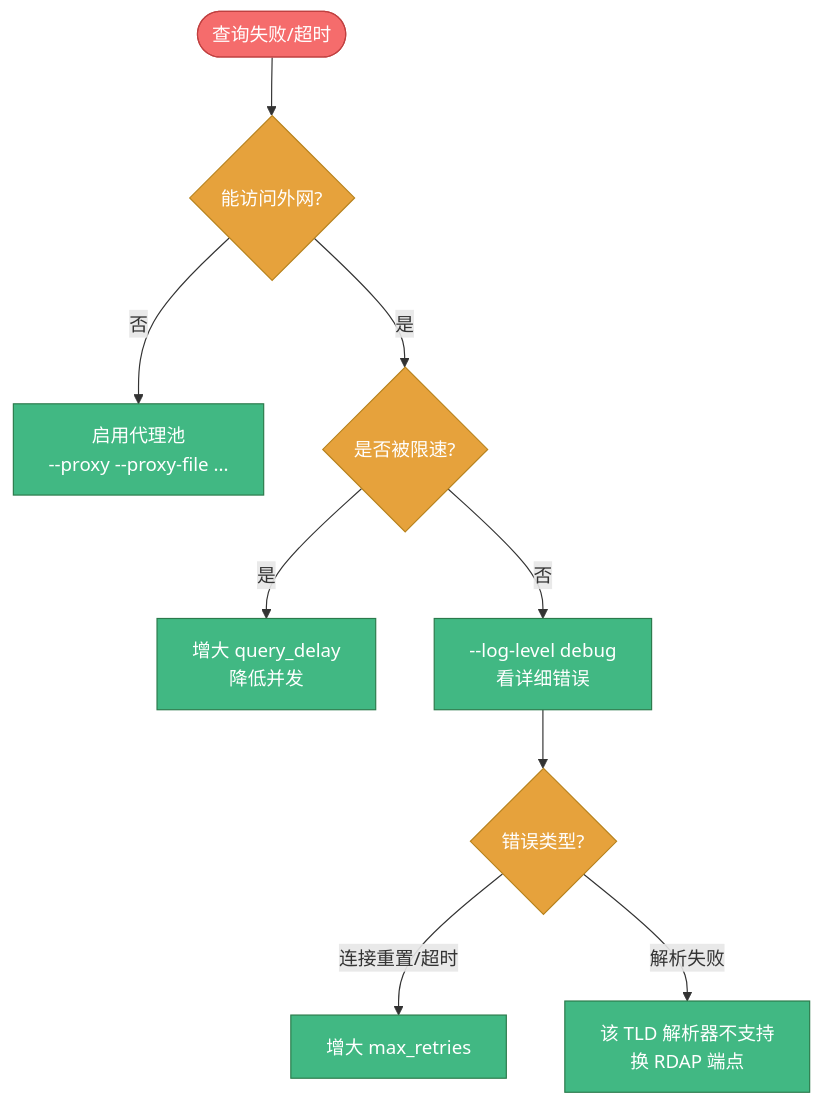
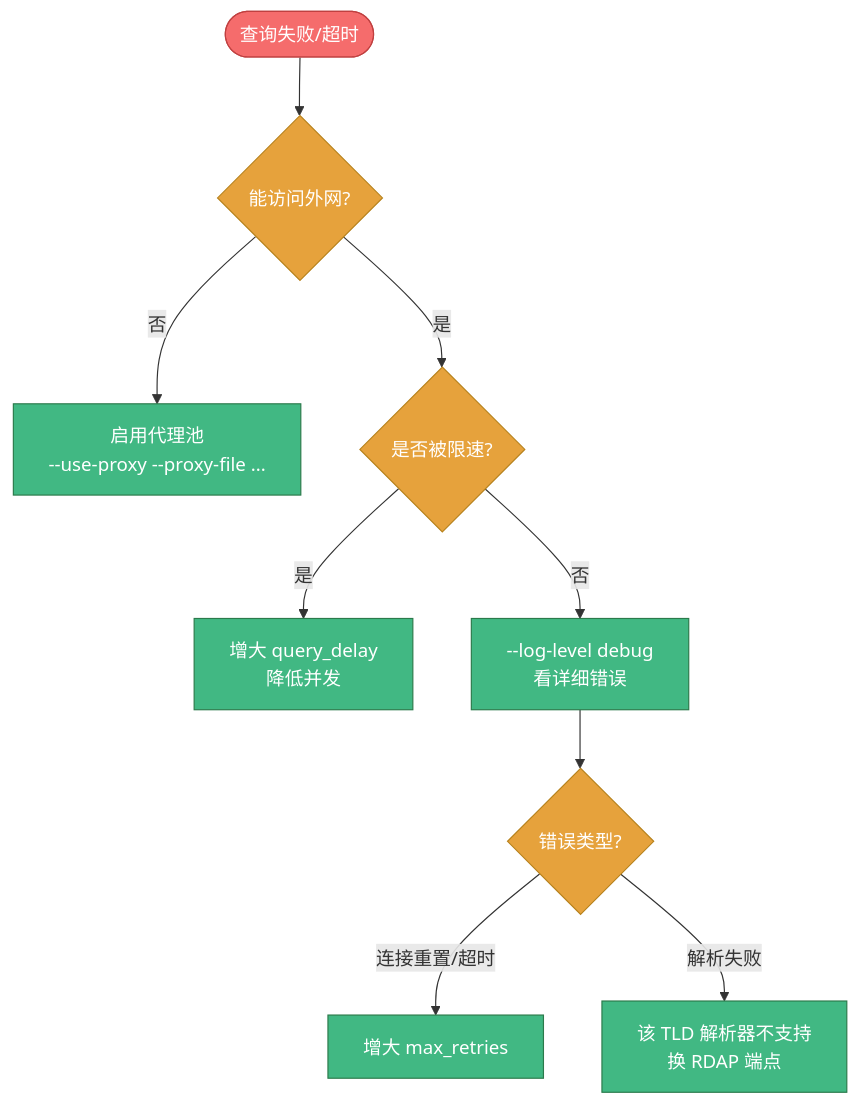
One commit to cyberspacesec/whois-skills changed the diagram in website/cli/faq.md. Above: the diagram before and after it, drawn with Mermaid. The commit also changed other lines of this file and 21 other files, not shown here.

````diff
--- a/website/cli/faq.md
+++ b/website/cli/faq.md
@@ -195,19 +192,19 @@
 ```mermaid
 flowchart TD
     Fail(["查询失败/超时"])
     Fail --> Net{"能访问外网?"}
-    Net -- 否 --> Proxy["启用代理池<br/>--proxy --proxy-file ..."]
+    Net -- 否 --> Proxy["启用代理池<br/>--use-proxy --proxy-file ..."]
     Net -- 是 --> Rate{"是否被限速?"}
     Rate -- 是 --> Delay["增大 query_delay<br/>降低并发"]
     Rate -- 否 --> Debug["--log-level debug<br/>看详细错误"]
     Debug --> Err{"错误类型?"}
     Err -- 连接重置/超时 --> Retry["增大 max_retries"]
     Err -- 解析失败 --> Parse["该 TLD 解析器不支持<br/>换 RDAP 端点"]
 
     classDef fail fill:#f56c6c,color:#fff,stroke:#c04040
     classDef check fill:#e6a23c,color:#fff,stroke:#b7821c
     classDef fix fill:#41b883,color:#fff,stroke:#2b7a4b
     class Fail fail
     class Net,Rate,Err check
     class Proxy,Delay,Debug,Retry,Parse fix
 ```
````
